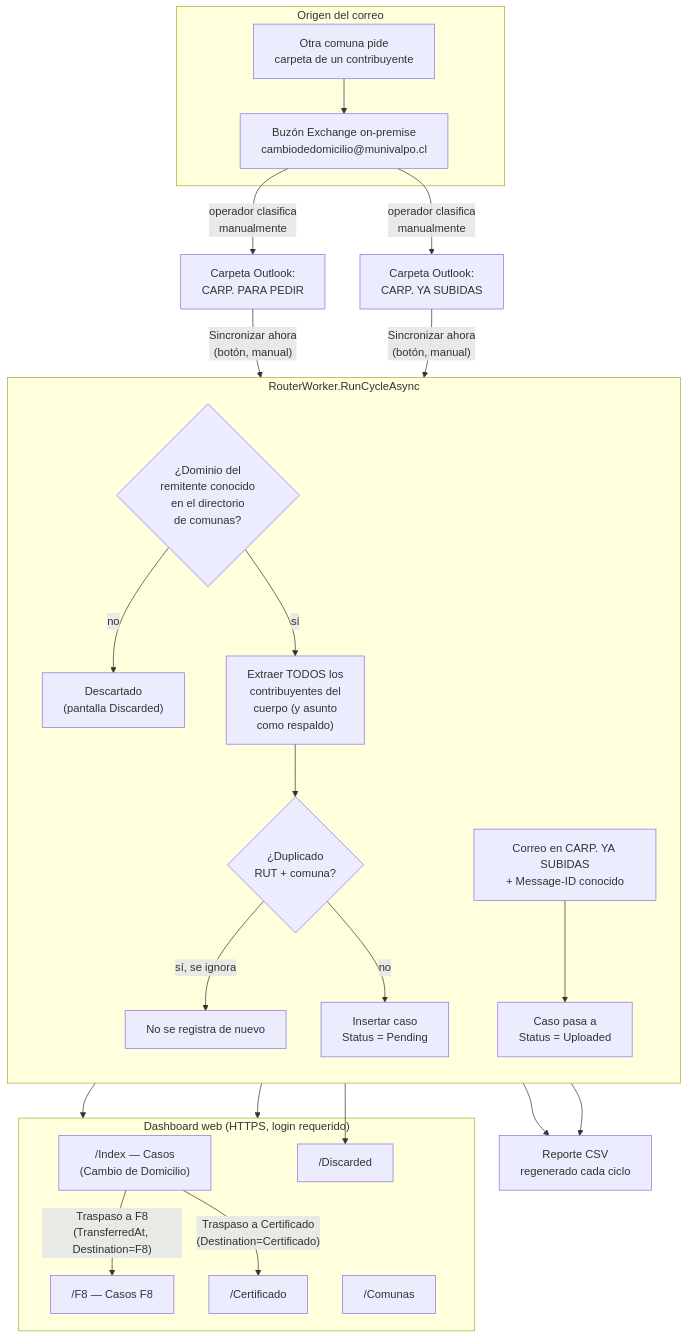
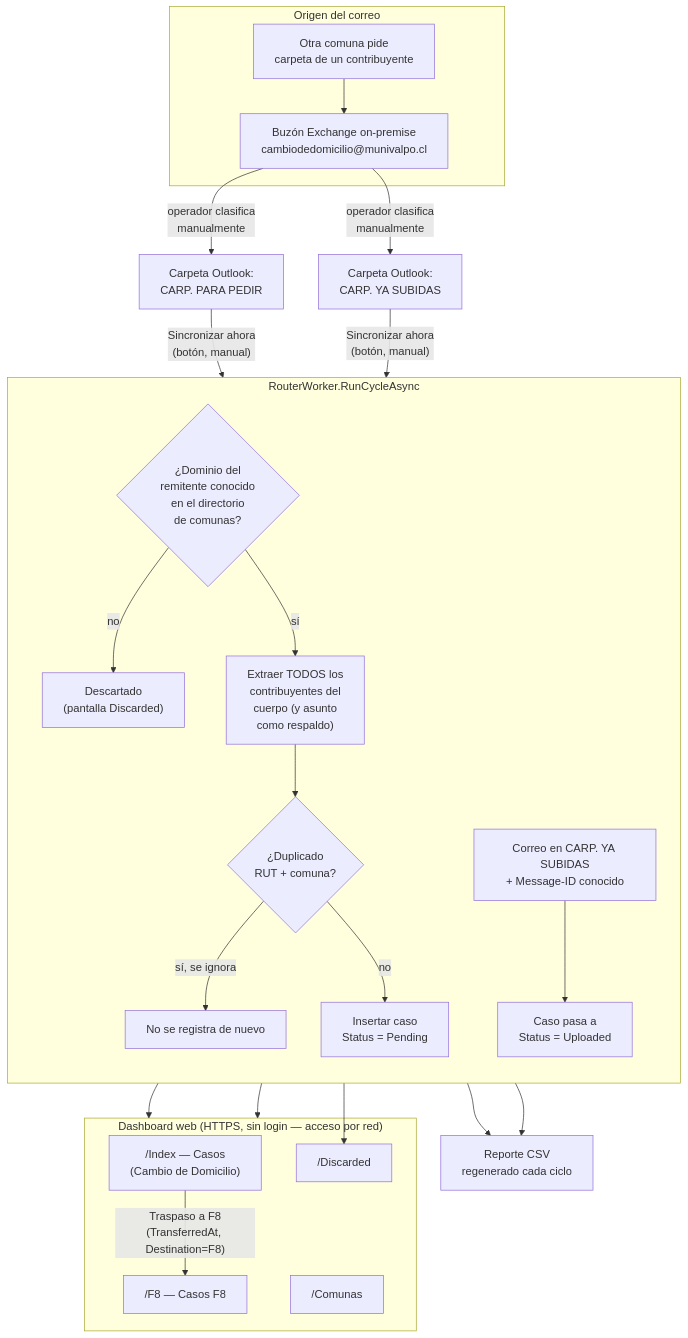
Before and after one commit to corsal2025/cambio-de-domicilio: the first of 6 diagrams in docs/diagrama-sistema.md, drawn with Mermaid. The commit also changed other lines of this file and 67 other files, not shown here.

First line of the commit message:
feat: remove dashboard authentication and the Certificado feature

````diff
--- a/docs/diagrama-sistema.md
+++ b/docs/diagrama-sistema.md
@@ -10,43 +10,41 @@
 ```mermaid
 flowchart TB
     subgraph Origen["Origen del correo"]
         M1["Otra comuna pide<br/>carpeta de un contribuyente"]
         M2["Buzón Exchange on-premise<br/>cambiodedomicilio@munivalpo.cl"]
         M1 --> M2
     end
 
     M2 -->|"operador clasifica<br/>manualmente"| F1["Carpeta Outlook:<br/>CARP. PARA PEDIR"]
     M2 -->|"operador clasifica<br/>manualmente"| F2["Carpeta Outlook:<br/>CARP. YA SUBIDAS"]
 
     F1 -->|"Sincronizar ahora<br/>(botón, manual)"| RW
     F2 -->|"Sincronizar ahora<br/>(botón, manual)"| RW
 
     subgraph RW["RouterWorker.RunCycleAsync"]
         direction TB
         D{"¿Dominio del<br/>remitente conocido<br/>en el directorio<br/>de comunas?"}
         D -->|no| DISC["Descartado<br/>(pantalla Discarded)"]
         D -->|sí| EX["Extraer TODOS los<br/>contribuyentes del<br/>cuerpo (y asunto<br/>como respaldo)"]
         EX --> DUP{"¿Duplicado<br/>RUT + comuna?"}
         DUP -->|sí, se ignora| SKIP["No se registra de nuevo"]
         DUP -->|no| INS["Insertar caso<br/>Status = Pending"]
         UP["Correo en CARP. YA SUBIDAS<br/>+ Message-ID conocido"] --> SETUP["Caso pasa a<br/>Status = Uploaded"]
     end
 
     INS --> CSV["Reporte CSV<br/>regenerado cada ciclo"]
     SETUP --> CSV
 
     INS --> DASH
     SETUP --> DASH
 
-    subgraph DASH["Dashboard web (HTTPS, login requerido)"]
+    subgraph DASH["Dashboard web (HTTPS, sin login — acceso por red)"]
         CASOS["/Index — Casos<br/>(Cambio de Domicilio)"]
         F8P["/F8 — Casos F8"]
-        CERT["/Certificado"]
         DISCP["/Discarded"]
         COMU["/Comunas"]
     end
 
     CASOS -->|"Traspaso a F8<br/>(TransferredAt, Destination=F8)"| F8P
-    CASOS -->|"Traspaso a Certificado<br/>(Destination=Certificado)"| CERT
     DISC --> DISCP
 ```
````
